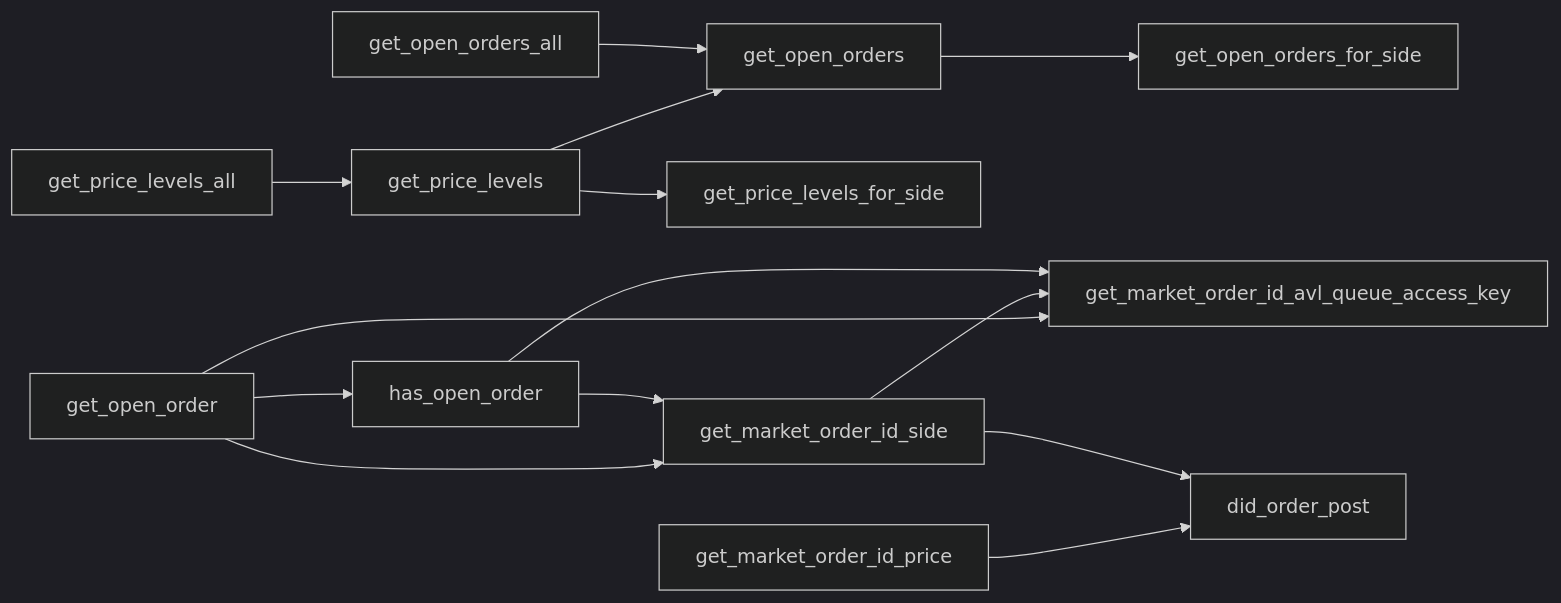
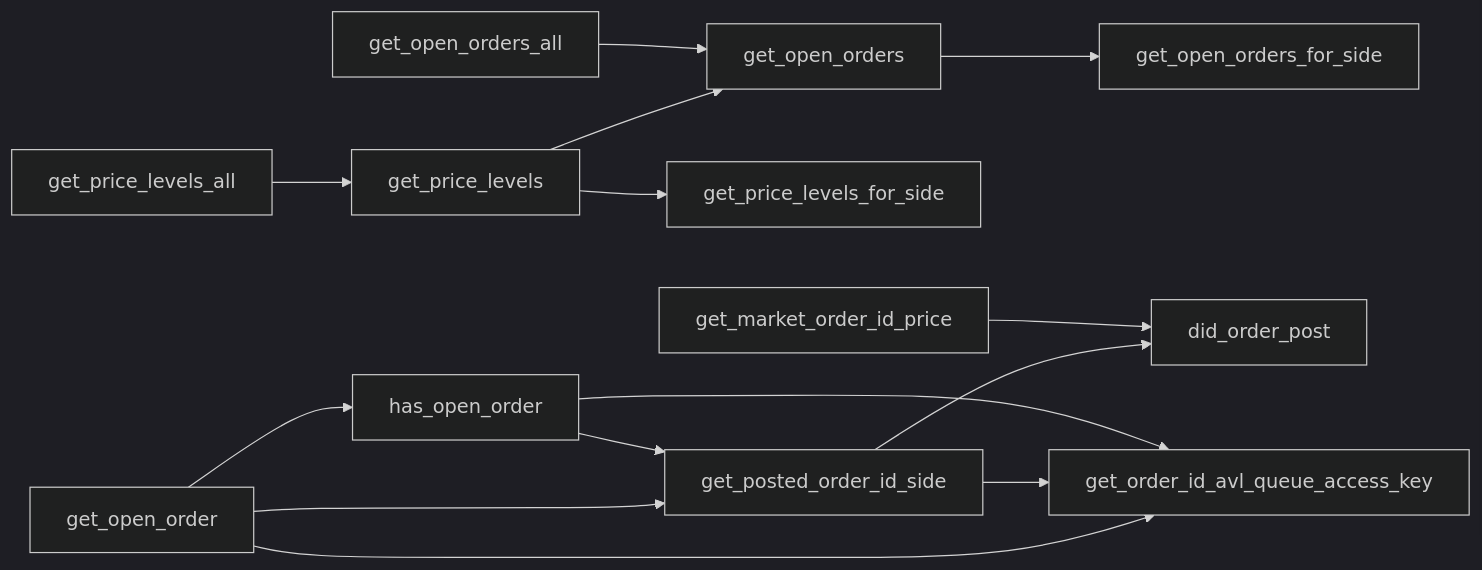
The sixth of 10 diagrams in src/move/econia/doc/market.md (econia-labs/econia), drawn with Mermaid (dark theme) before and after one commit. The commit also changed other lines of this file and 5 other files, not shown here.

````diff
--- a/src/move/econia/doc/market.md
+++ b/src/move/econia/doc/market.md
@@ -348,20 +369,19 @@
 ```mermaid
 
 flowchart LR
 
 get_price_levels --> get_open_orders
 get_price_levels --> get_price_levels_for_side
 get_price_levels_all --> get_price_levels
 get_open_order --> has_open_order
-get_open_order --> get_market_order_id_side
-get_open_order --> get_market_order_id_avl_queue_access_key
-get_market_order_id_side -->
-get_market_order_id_avl_queue_access_key
-has_open_order --> get_market_order_id_side
-has_open_order --> get_market_order_id_avl_queue_access_key
+get_open_order --> get_posted_order_id_side
+get_open_order --> get_order_id_avl_queue_access_key
+get_posted_order_id_side --> did_order_post
+get_posted_order_id_side --> get_order_id_avl_queue_access_key
+has_open_order --> get_posted_order_id_side
+has_open_order --> get_order_id_avl_queue_access_key
 get_open_orders --> get_open_orders_for_side
 get_open_orders_all --> get_open_orders
 get_market_order_id_price --> did_order_post
-get_market_order_id_side --> did_order_post
 
 ```
````
